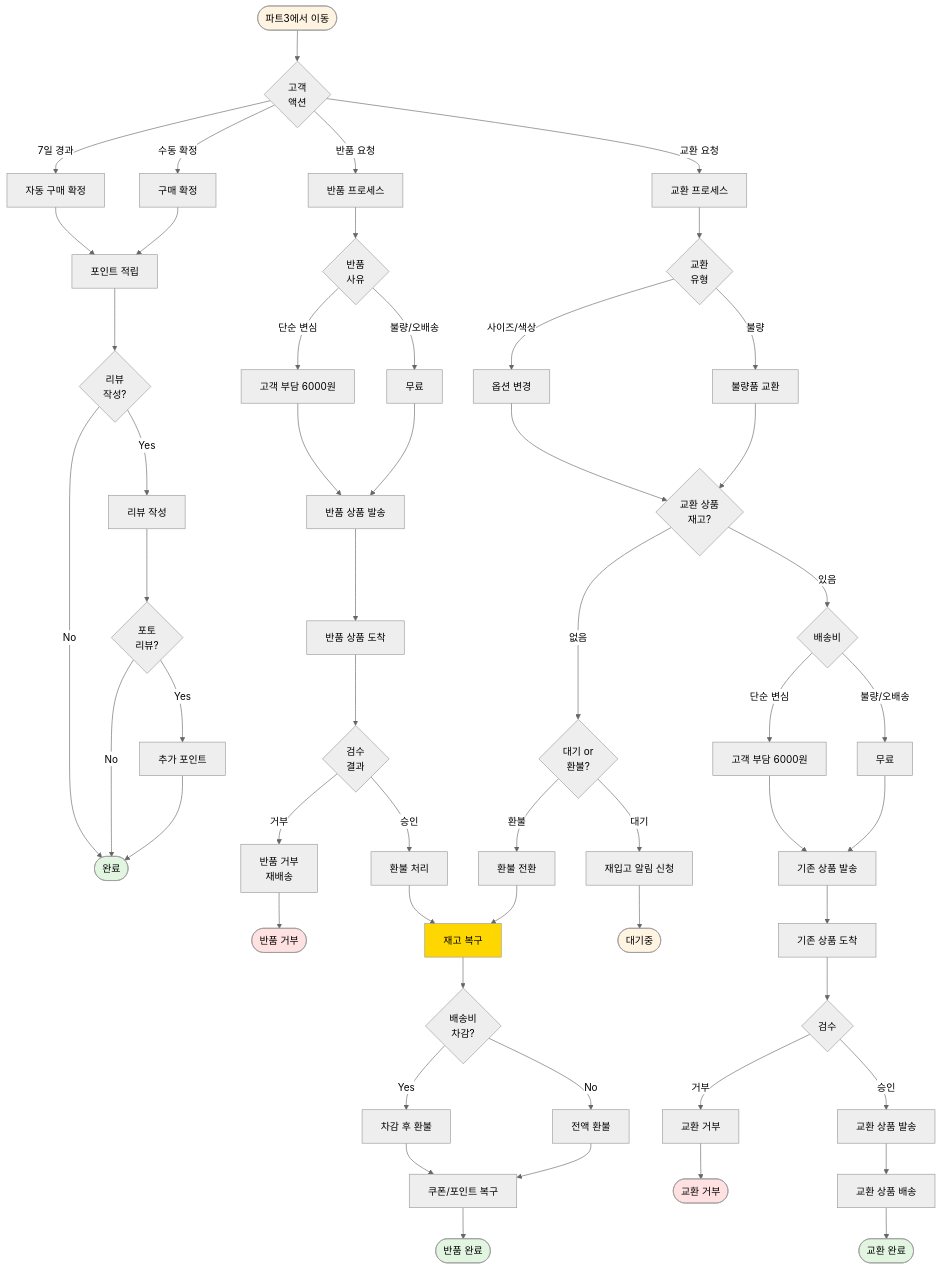
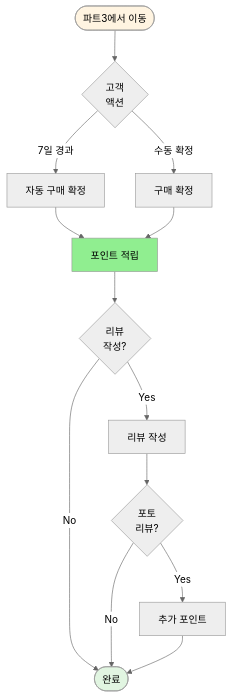
One commit to jsh0116/ecommerce-server changed the fourth of 4 diagrams in docs/flow-chart.md. Above: the diagram before and after it, drawn with Mermaid (neutral theme). The commit also changed other lines of this file and 43 other files, not shown here.

````diff
--- a/docs/flow-chart.md
+++ b/docs/flow-chart.md
@@ -145,84 +145,21 @@
 ```mermaid
 flowchart TD
     Start([파트3에서 이동]) --> UserAction{고객<br/>액션}
-    
+
     UserAction -->|7일 경과| AutoConfirm[자동 구매 확정]
     UserAction -->|수동 확정| ManualConfirm[구매 확정]
-    UserAction -->|반품 요청| ReturnProcess
-    UserAction -->|교환 요청| ExchangeProcess
-    
+
     AutoConfirm --> PointEarn[포인트 적립]
     ManualConfirm --> PointEarn
     PointEarn --> ReviewRequest{리뷰<br/>작성?}
     ReviewRequest -->|Yes| WriteReview[리뷰 작성]
-    ReviewRequest -->|No| End5
+    ReviewRequest -->|No| End1
     WriteReview --> PhotoReview{포토<br/>리뷰?}
     PhotoReview -->|Yes| BonusPoint[추가 포인트]
-    PhotoReview -->|No| End5
-    BonusPoint --> End5([완료])
-    
-    ReturnProcess[반품 프로세스] --> ReturnReason{반품<br/>사유}
-    ReturnReason -->|단순 변심| ReturnFee1[고객 부담 6000원]
-    ReturnReason -->|불량/오배송| ReturnFee2[무료]
-    
-    ReturnFee1 --> SendBack1[반품 상품 발송]
-    ReturnFee2 --> SendBack1
-    
-    SendBack1 --> ReceiveReturn[반품 상품 도착]
-    ReceiveReturn --> InspectReturn{검수<br/>결과}
-    
-    InspectReturn -->|승인| RefundReturn[환불 처리]
-    InspectReturn -->|거부| ReturnReject[반품 거부<br/>재배송]
-    
-    ReturnReject --> End6([반품 거부])
-    
-    RefundReturn --> RestoreStock2[재고 복구]
-    RestoreStock2 --> DeductFee{배송비<br/>차감?}
-    DeductFee -->|Yes| RefundFinal1[차감 후 환불]
-    DeductFee -->|No| RefundFinal2[전액 환불]
-    
-    RefundFinal1 --> RestoreCoupon2[쿠폰/포인트 복구]
-    RefundFinal2 --> RestoreCoupon2
-    RestoreCoupon2 --> End7([반품 완료])
-    
-    ExchangeProcess[교환 프로세스] --> ExchangeType{교환<br/>유형}
-    ExchangeType -->|사이즈/색상| ExchangeOption[옵션 변경]
-    ExchangeType -->|불량| ExchangeDefect[불량품 교환]
-    
-    ExchangeOption --> CheckExStock{교환 상품<br/>재고?}
-    ExchangeDefect --> CheckExStock
-    
-    CheckExStock -->|있음| ExchangeFee{배송비}
-    CheckExStock -->|없음| ExchangeWait{대기 or<br/>환불?}
-    
-    ExchangeWait -->|대기| WaitRestock[재입고 알림 신청]
-    ExchangeWait -->|환불| RefundExchange[환불 전환]
-    
-    WaitRestock --> End8([대기중])
-    RefundExchange --> RestoreStock2
-    
-    ExchangeFee -->|단순 변심| ExchangeFee1[고객 부담 6000원]
-    ExchangeFee -->|불량/오배송| ExchangeFee2[무료]
-    
-    ExchangeFee1 --> SendBackEx[기존 상품 발송]
-    ExchangeFee2 --> SendBackEx
-    
-    SendBackEx --> ReceiveEx[기존 상품 도착]
-    ReceiveEx --> InspectEx{검수}
-    
-    InspectEx -->|승인| SendNewEx[교환 상품 발송]
-    InspectEx -->|거부| ExchangeReject[교환 거부]
-    
-    ExchangeReject --> End9([교환 거부])
-    SendNewEx --> DeliverEx[교환 상품 배송]
-    DeliverEx --> End10([교환 완료])
-    
-    style Start fill:#fff4e1
-    style End5 fill:#e1f5e1
-    style End6 fill:#ffe1e1
-    style End7 fill:#e1f5e1
-    style End8 fill:#fff4e1
-    style End9 fill:#ffe1e1
-    style End10 fill:#e1f5e1
-    style RestoreStock2 fill:#FFD700
+    PhotoReview -->|No| End1
+    BonusPoint --> End1([완료])
+
+    style Start fill:#fff4e1, color:black
+    style End1 fill:#e1f5e1, color:black
+    style PointEarn fill:#90EE90, color:black
 ```
````
